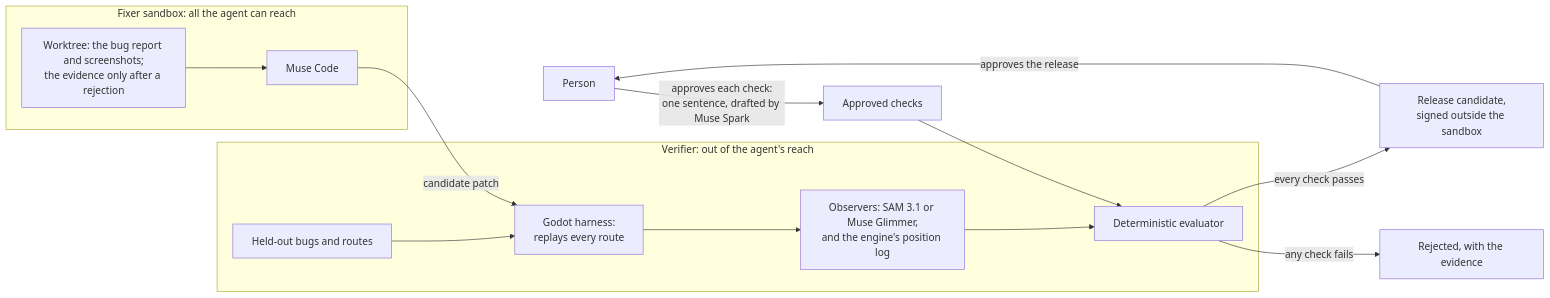
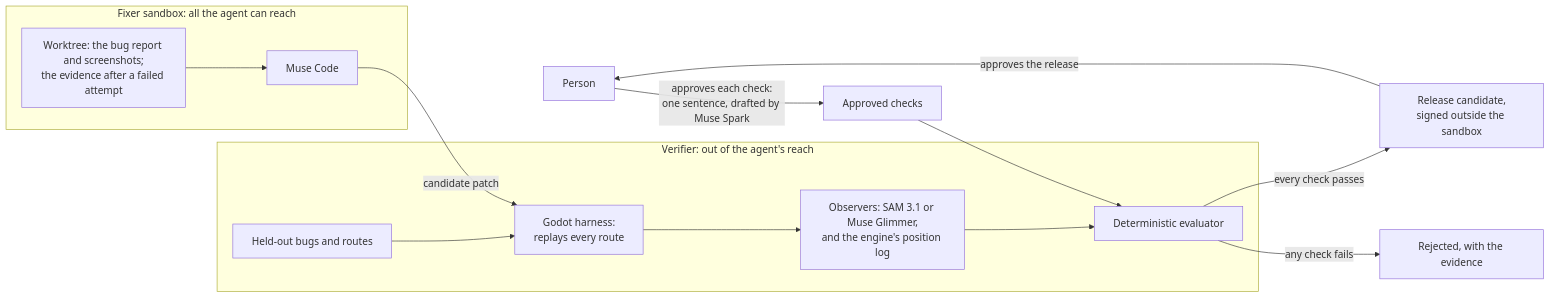
One commit to seanudeke/Expectrail changed the diagram in README.md. Above: the diagram before and after it, drawn with Mermaid. The commit also changed other lines of this file and 9 other files, not shown here.

````diff
--- a/README.md
+++ b/README.md
@@ -47,17 +47,17 @@
 ```mermaid
 flowchart LR
   person["Person"] -->|"approves each check:<br/>one sentence, drafted by Muse Spark"| specs["Approved checks"]
   subgraph fixer["Fixer sandbox: all the agent can reach"]
-    work["Worktree: the bug report and screenshots;<br/>the evidence only after a rejection"] --> muse["Muse Code"]
+    work["Worktree: the bug report and screenshots;<br/>the evidence after a failed attempt"] --> muse["Muse Code"]
   end
   subgraph verifier["Verifier: out of the agent's reach"]
     heldout["Held-out bugs and routes"] --> harness["Godot harness:<br/>replays every route"]
     harness --> observers["Observers: SAM 3.1 or Muse Glimmer,<br/>and the engine's position log"]
     observers --> evaluator["Deterministic evaluator"]
   end
   muse -->|"candidate patch"| harness
   specs --> evaluator
   evaluator -->|"every check passes"| rc["Release candidate,<br/>signed outside the sandbox"]
   evaluator -->|"any check fails"| reject["Rejected, with the evidence"]
   rc -->|"approves the release"| person
 ```
````
